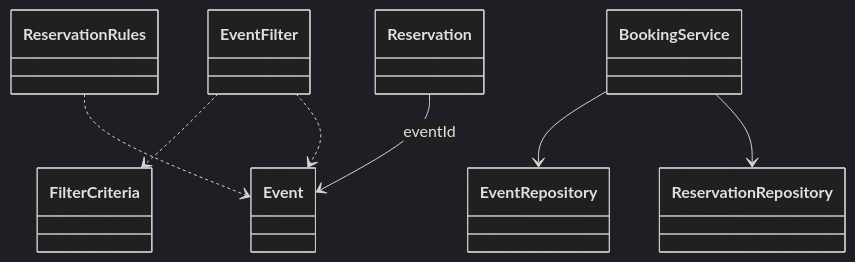
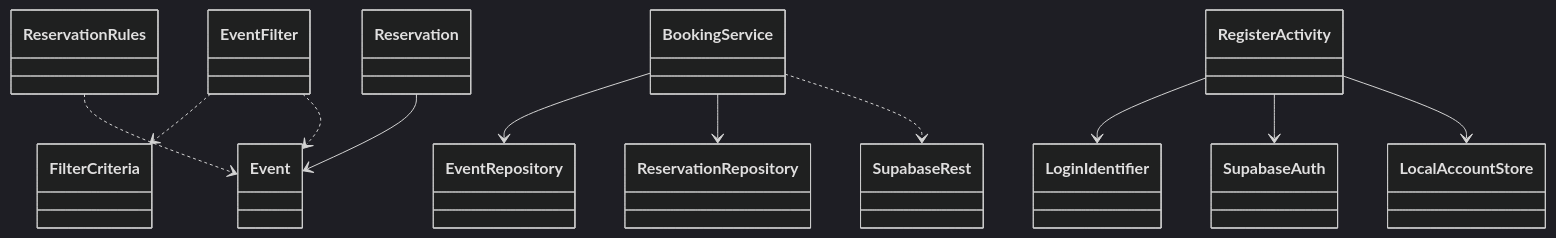
One commit to hugogv12/SOEN345-TicketReservation changed the fourth of 8 diagrams in docs/DESIGN.md. Above: the diagram before and after it, drawn with Mermaid (dark theme). The commit also changed other lines of this file and 45 other files, not shown here.

````diff
--- a/docs/DESIGN.md
+++ b/docs/DESIGN.md
@@ -197,18 +189,28 @@
 ```mermaid
 classDiagram
+  direction TB
   class Event
   class Reservation
   class ReservationRules
   class FilterCriteria
   class EventFilter
+  class LoginIdentifier
   class EventRepository
   class ReservationRepository
   class BookingService
+  class SupabaseRest
+  class SupabaseAuth
+  class LocalAccountStore
+  class RegisterActivity
 
   BookingService --> EventRepository
   BookingService --> ReservationRepository
+  BookingService ..> SupabaseRest
   EventFilter ..> FilterCriteria
   EventFilter ..> Event
   ReservationRules ..> Event
-  Reservation --> Event : eventId
+  Reservation --> Event
+  RegisterActivity --> LoginIdentifier
+  RegisterActivity --> SupabaseAuth
+  RegisterActivity --> LocalAccountStore
 ```
````
